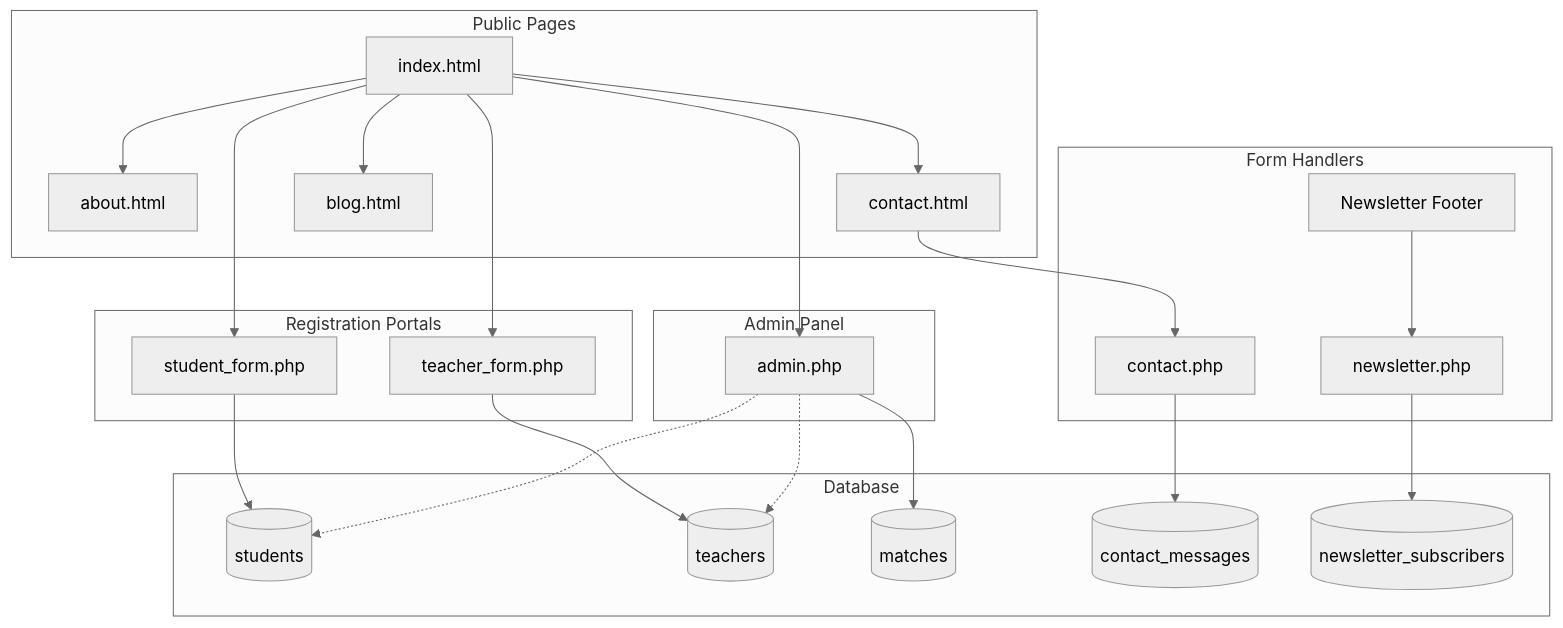
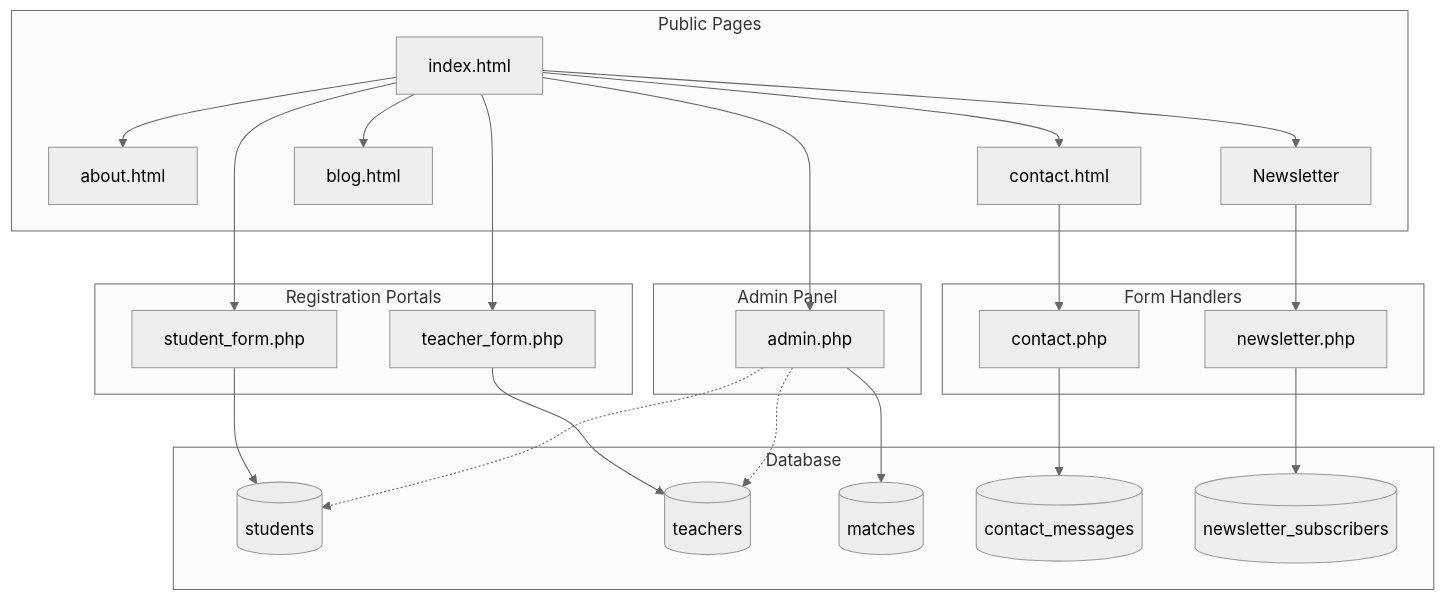
One commit to Amir-shah1/Abbott-home-tuition-website changed the first of 2 diagrams in README.md. Above: the diagram before and after it, drawn with Mermaid (neutral theme).

Commit message:
Improve navigation flow diagram layout

````diff
--- a/README.md
+++ b/README.md
@@ -152,32 +152,36 @@
 ```mermaid
 graph TD
     subgraph Public Pages
         A[index.html] --> B[about.html]
         A --> C[contact.html]
         A --> D[blog.html]
+        A --> N[Newsletter]
     end
 
     subgraph Registration Portals
         A --> E[student_form.php]
         A --> F[teacher_form.php]
     end
 
     subgraph Admin Panel
         A --> G[admin.php]
     end
 
     subgraph Form Handlers
-        C --> H[contact.php]
-        I[Newsletter Footer] --> J[newsletter.php]
+        H[contact.php]
+        J[newsletter.php]
     end
 
     subgraph Database
         E --> K[(students)]
         F --> L[(teachers)]
         G --> M[(matches)]
-        H --> N[(contact_messages)]
-        J --> O[(newsletter_subscribers)]
+        H --> O[(contact_messages)]
+        J --> P[(newsletter_subscribers)]
         G -.-> K
         G -.-> L
     end
+
+    C --> H
+    N --> J
 ```
````
